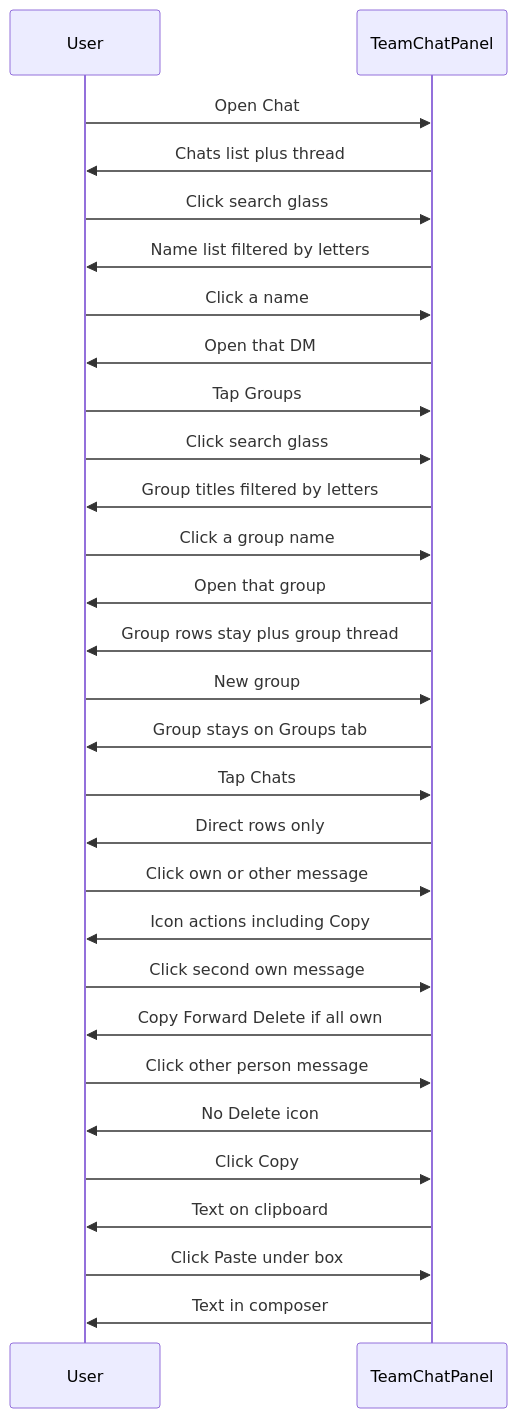
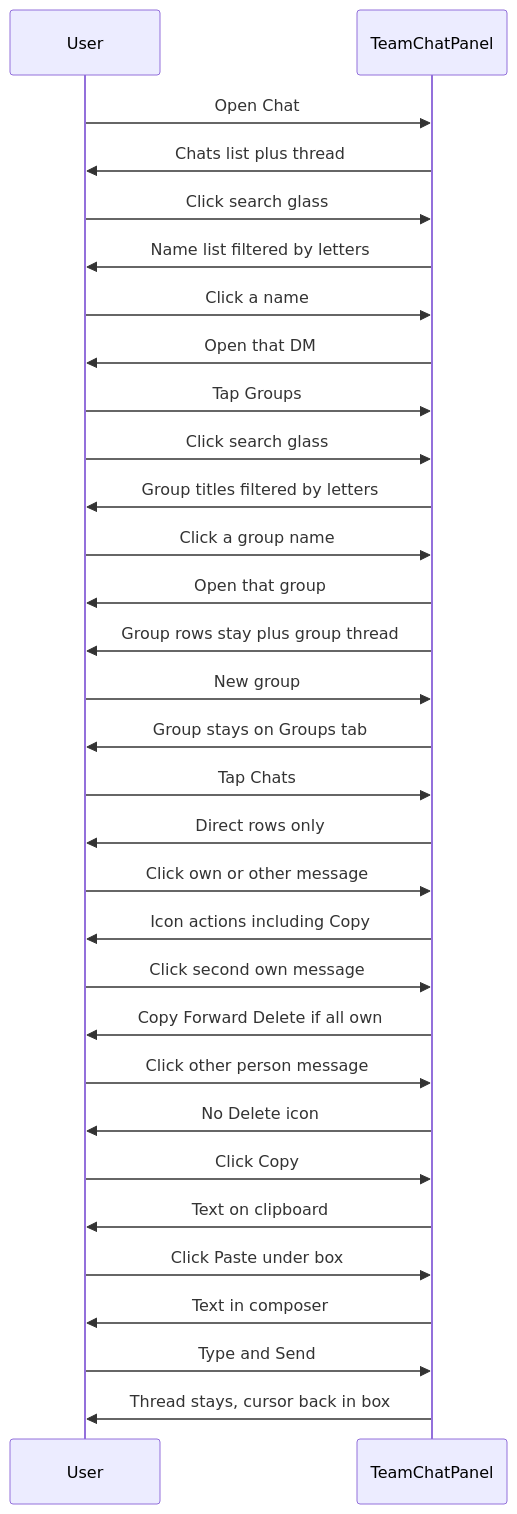
Diagram 30 of 37 in docs/FLOWCHARTS.md (Mayur8291/Printing-Tracker), drawn with Mermaid before and after one commit. The commit also changed other lines of this file and 9 other files, not shown here.

````diff
--- a/docs/FLOWCHARTS.md
+++ b/docs/FLOWCHARTS.md
@@ -647,31 +647,33 @@
 ```mermaid
 sequenceDiagram
   participant User
   participant Panel as TeamChatPanel
   User->>Panel: Open Chat
   Panel->>User: Chats list plus thread
   User->>Panel: Click search glass
   Panel->>User: Name list filtered by letters
   User->>Panel: Click a name
   Panel->>User: Open that DM
   User->>Panel: Tap Groups
   User->>Panel: Click search glass
   Panel->>User: Group titles filtered by letters
   User->>Panel: Click a group name
   Panel->>User: Open that group
   Panel->>User: Group rows stay plus group thread
   User->>Panel: New group
   Panel->>User: Group stays on Groups tab
   User->>Panel: Tap Chats
   Panel->>User: Direct rows only
   User->>Panel: Click own or other message
   Panel->>User: Icon actions including Copy
   User->>Panel: Click second own message
   Panel->>User: Copy Forward Delete if all own
   User->>Panel: Click other person message
   Panel->>User: No Delete icon
   User->>Panel: Click Copy
   Panel->>User: Text on clipboard
   User->>Panel: Click Paste under box
   Panel->>User: Text in composer
+  User->>Panel: Type and Send
+  Panel->>User: Thread stays, cursor back in box
 ```
````
